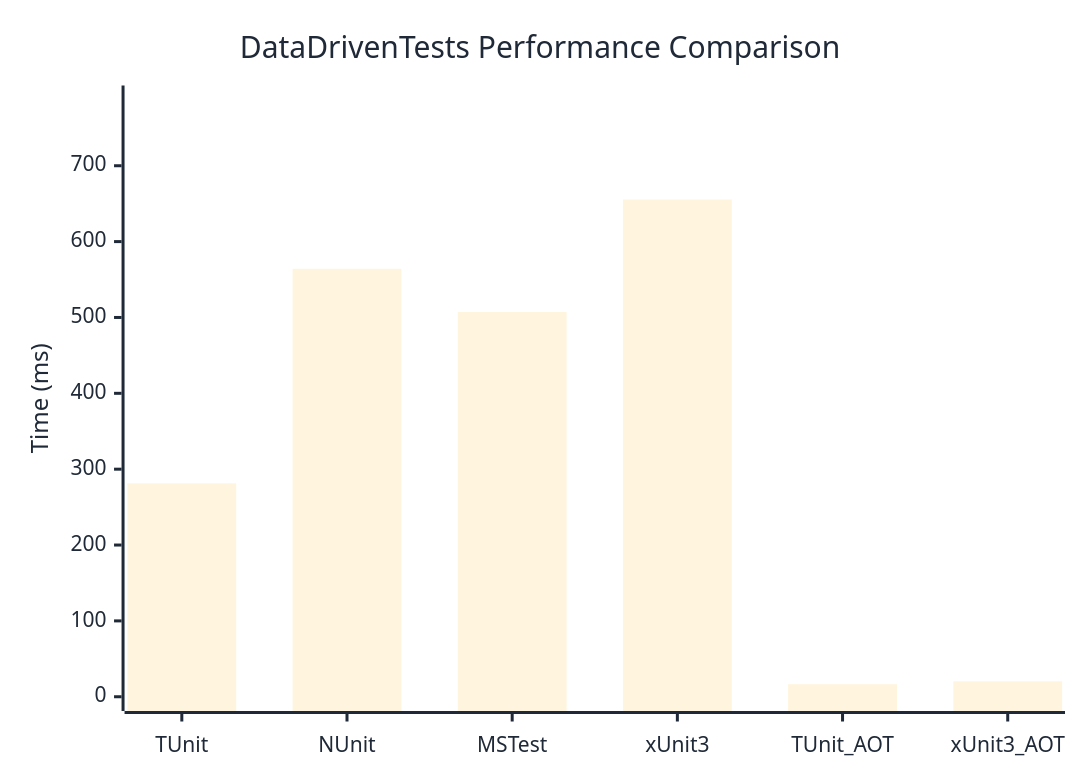
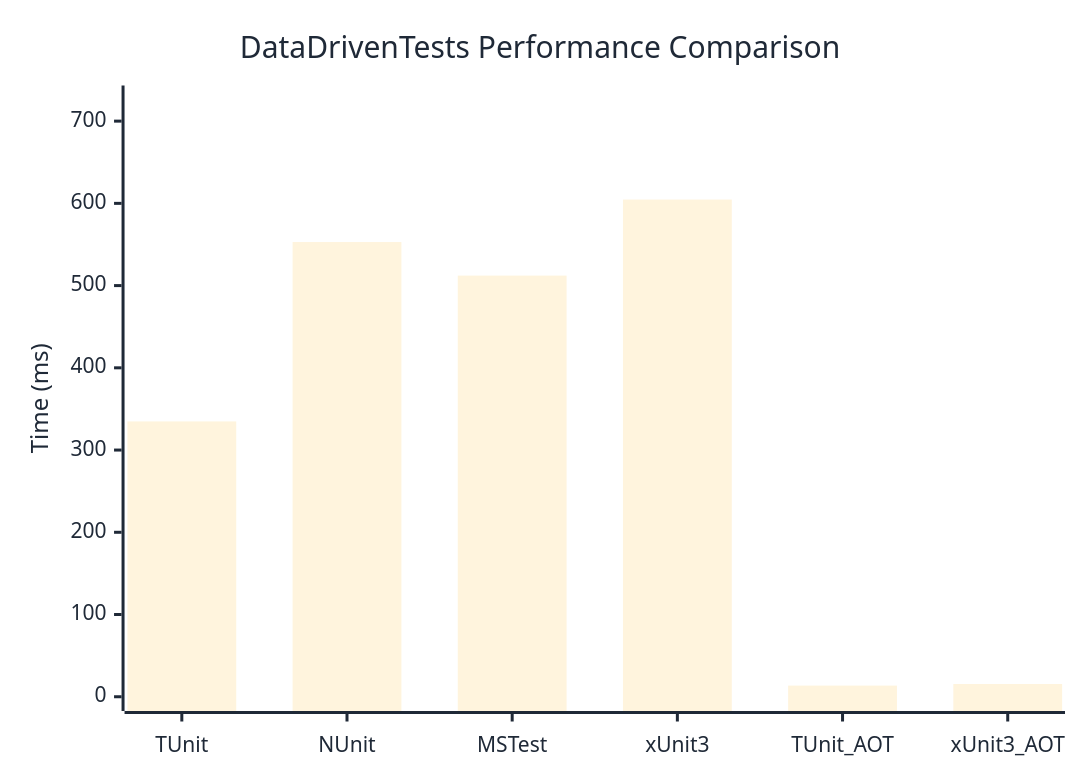
The diagram in docs/docs/benchmarks/engine/DataDrivenTests.md (thomhurst/TUnit), drawn with Mermaid before and after one commit. The commit also changed other lines of this file and 18 other files, not shown here.

````diff
--- a/docs/docs/benchmarks/engine/DataDrivenTests.md
+++ b/docs/docs/benchmarks/engine/DataDrivenTests.md
@@ -30,37 +30,37 @@
 ```mermaid
 %%{init: {
   'theme':'base',
   'themeVariables': {
     'primaryColor': '#2563eb',
     'primaryTextColor': '#1f2937',
     'primaryBorderColor': '#1e40af',
     'lineColor': '#6b7280',
     'secondaryColor': '#7c3aed',
     'tertiaryColor': '#dc2626',
     'background': '#ffffff',
     'mainBkg': '#2563eb',
     'secondBkg': '#7c3aed',
     'tertiaryBkg': '#dc2626',
     'clusterBkg': '#f3f4f6',
     'edgeLabelBackground': '#ffffff',
     'tertiaryTextColor': '#1f2937',
     'pie1': '#2563eb',
     'pie2': '#7c3aed',
     'pie3': '#dc2626',
     'pie4': '#f59e0b',
     'pie5': '#10b981',
     'pie6': '#06b6d4',
     'pie7': '#ec4899',
     'pie8': '#6366f1',
     'pie9': '#84cc16',
     'pie10': '#f97316',
     'pie11': '#14b8a6',
     'pie12': '#a855f7'
   }
 }}%%
 xychart-beta
   title "DataDrivenTests Performance Comparison"
   x-axis ["TUnit", "NUnit", "MSTest", "xUnit3", "TUnit_AOT", "xUnit3_AOT"]
-  y-axis "Time (ms)" 0 --> 787
-  bar [281.32, 564.15, 507.18, 655.45, 16.57, 20.29]
+  y-axis "Time (ms)" 0 --> 726
+  bar [334.82, 552.96, 512.16, 604.64, 13.57, 15.47]
 ```
````
